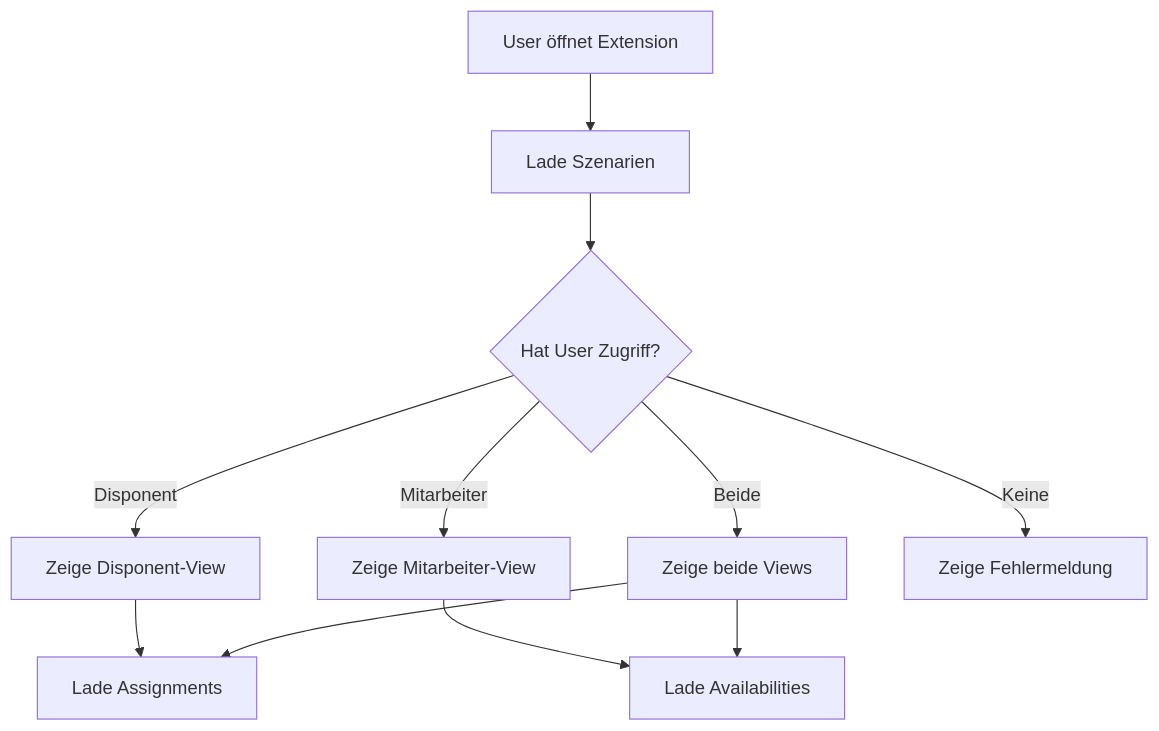
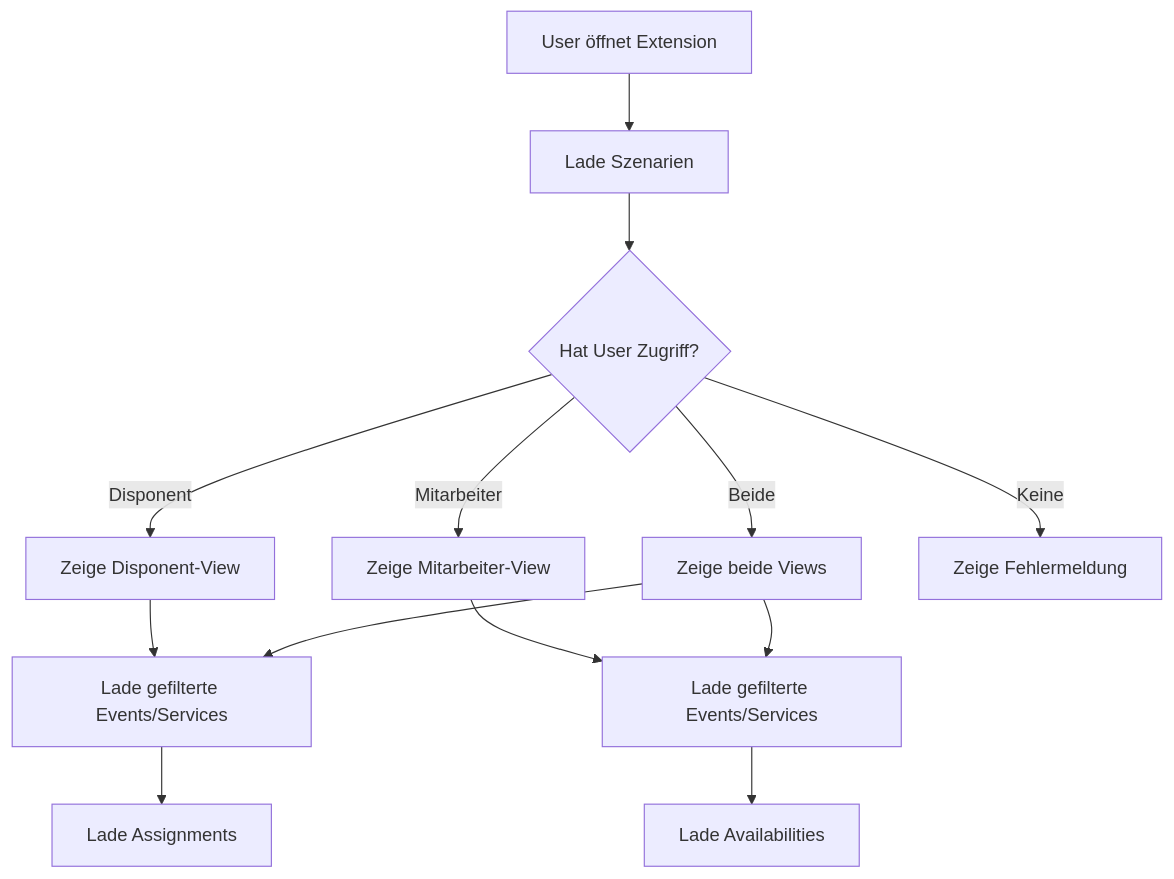
The eighth of 16 diagrams in docs/planning-scenarios.md (bwl21/bwl-dienstplanung), drawn with Mermaid before and after one commit. The commit also changed other lines of this file, not shown here.

````diff
--- a/docs/planning-scenarios.md
+++ b/docs/planning-scenarios.md
@@ -187,14 +225,17 @@
 ```mermaid
 flowchart TD
     A[User öffnet Extension] --> B[Lade Szenarien]
     B --> C{Hat User Zugriff?}
     C -->|Disponent| D[Zeige Disponent-View]
     C -->|Mitarbeiter| E[Zeige Mitarbeiter-View]
     C -->|Beide| F[Zeige beide Views]
     C -->|Keine| G[Zeige Fehlermeldung]
     
-    D --> H[Lade Assignments]
-    E --> I[Lade Availabilities]
+    D --> H[Lade gefilterte Events/Services]
+    E --> I[Lade gefilterte Events/Services]
     F --> H
     F --> I
+    
+    H --> J[Lade Assignments]
+    I --> K[Lade Availabilities]
 ```
````
